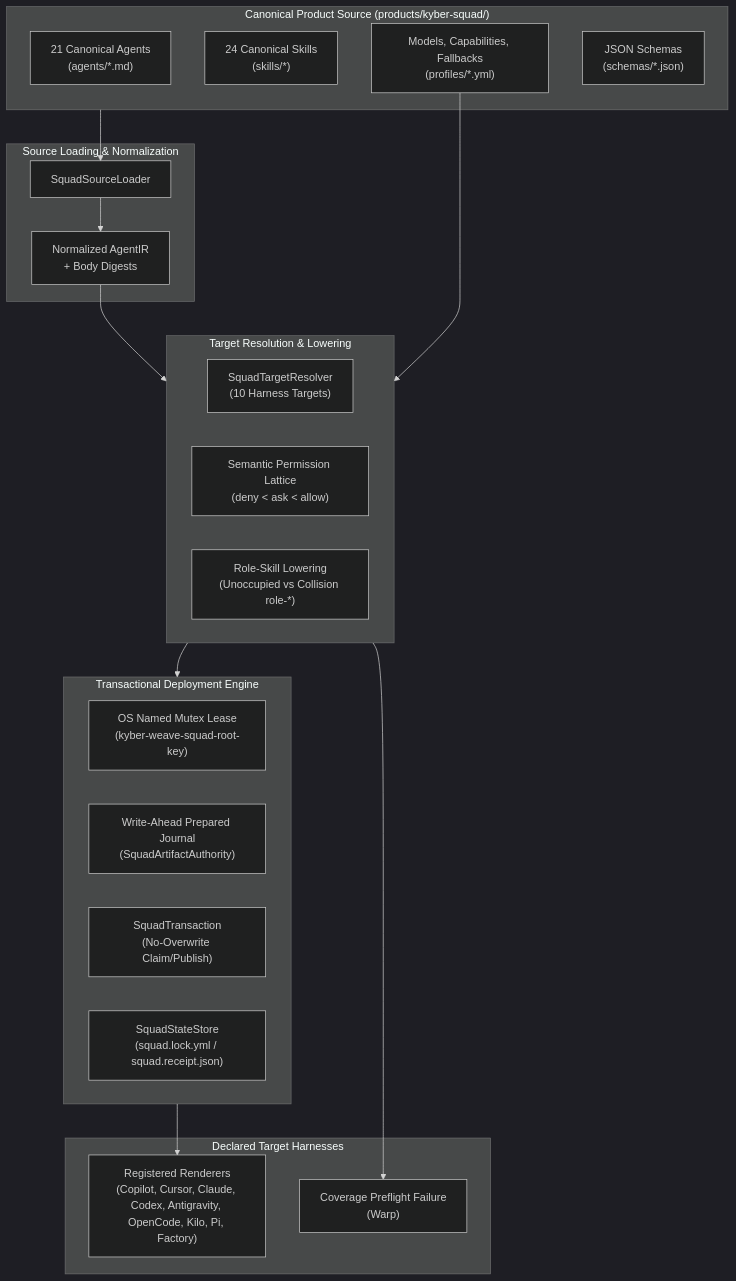
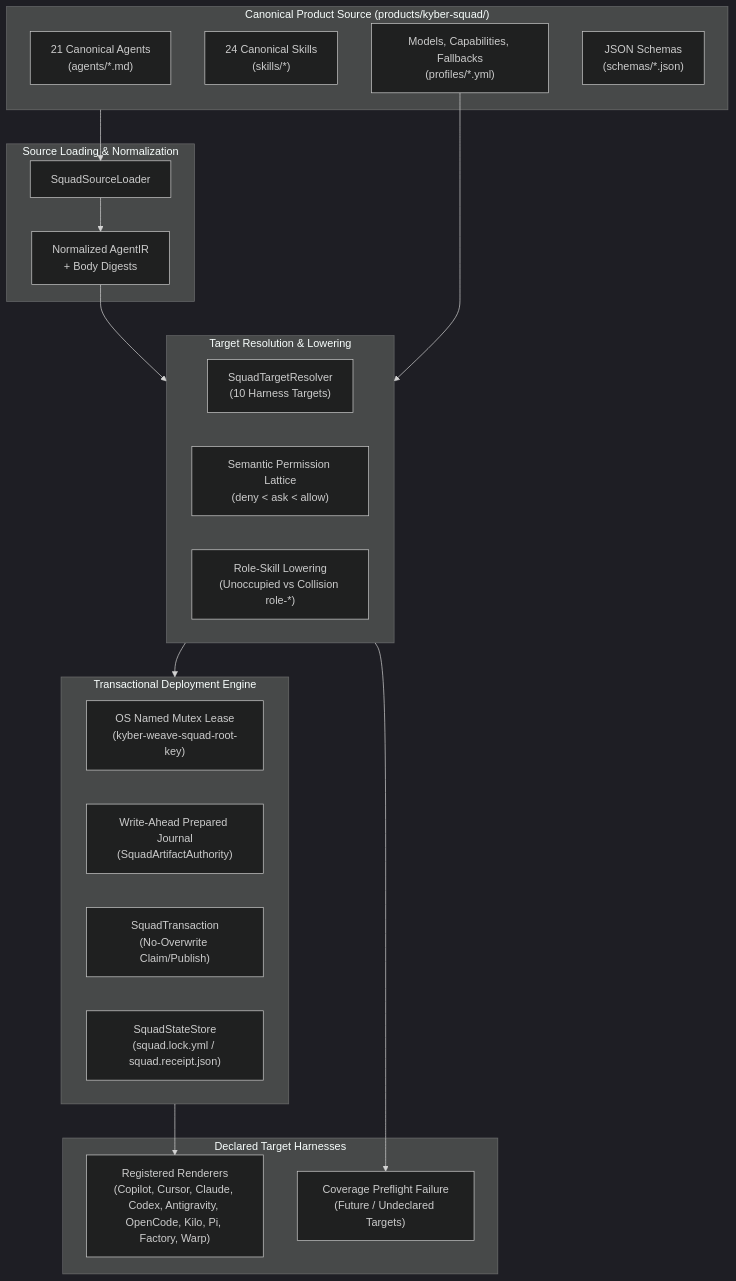
The first of 4 diagrams in docs/kyber-squad/architecture.md (dpalfery/kyber-weave), drawn with Mermaid (dark theme) before and after one commit. The commit also changed other lines of this file and 19 other files, not shown here.

````diff
--- a/docs/kyber-squad/architecture.md
+++ b/docs/kyber-squad/architecture.md
@@ -48,40 +48,40 @@
 ```mermaid
 flowchart TD
     subgraph CanonicalSource["Canonical Product Source (products/kyber-squad/)"]
         Agents["21 Canonical Agents\n(agents/*.md)"]
         Skills["24 Canonical Skills\n(skills/*)"]
         Profiles["Models, Capabilities, Fallbacks\n(profiles/*.yml)"]
         Schemas["JSON Schemas\n(schemas/*.json)"]
     end
 
     subgraph Loader["Source Loading & Normalization"]
         SquadSourceLoader["SquadSourceLoader"]
         AgentIR["Normalized AgentIR\n+ Body Digests"]
     end
 
     subgraph Compiler["Target Resolution & Lowering"]
         SquadTargetResolver["SquadTargetResolver\n(10 Harness Targets)"]
         Lattice["Semantic Permission Lattice\n(deny < ask < allow)"]
         Lowering["Role-Skill Lowering\n(Unoccupied vs Collision role-*)"]
     end
 
     subgraph DeploymentEngine["Transactional Deployment Engine"]
         Mutex["OS Named Mutex Lease\n(kyber-weave-squad-root-key)"]
         Journal["Write-Ahead Prepared Journal\n(SquadArtifactAuthority)"]
         Transaction["SquadTransaction\n(No-Overwrite Claim/Publish)"]
         StateStore["SquadStateStore\n(squad.lock.yml / squad.receipt.json)"]
     end
 
     subgraph TargetHarnesses["Declared Target Harnesses"]
-        RegisteredTargets["Registered Renderers\n(Copilot, Cursor, Claude, Codex, Antigravity, OpenCode, Kilo, Pi, Factory)"]
-        UnsupportedTargets["Coverage Preflight Failure\n(Warp)"]
+        RegisteredTargets["Registered Renderers\n(Copilot, Cursor, Claude, Codex, Antigravity, OpenCode, Kilo, Pi, Factory, Warp)"]
+        UnsupportedTargets["Coverage Preflight Failure\n(Future / Undeclared Targets)"]
     end
 
     CanonicalSource --> SquadSourceLoader
     SquadSourceLoader --> AgentIR
     AgentIR --> Compiler
     Profiles --> Compiler
     Compiler --> DeploymentEngine
     DeploymentEngine --> RegisteredTargets
     Compiler --> UnsupportedTargets
 ```
````
